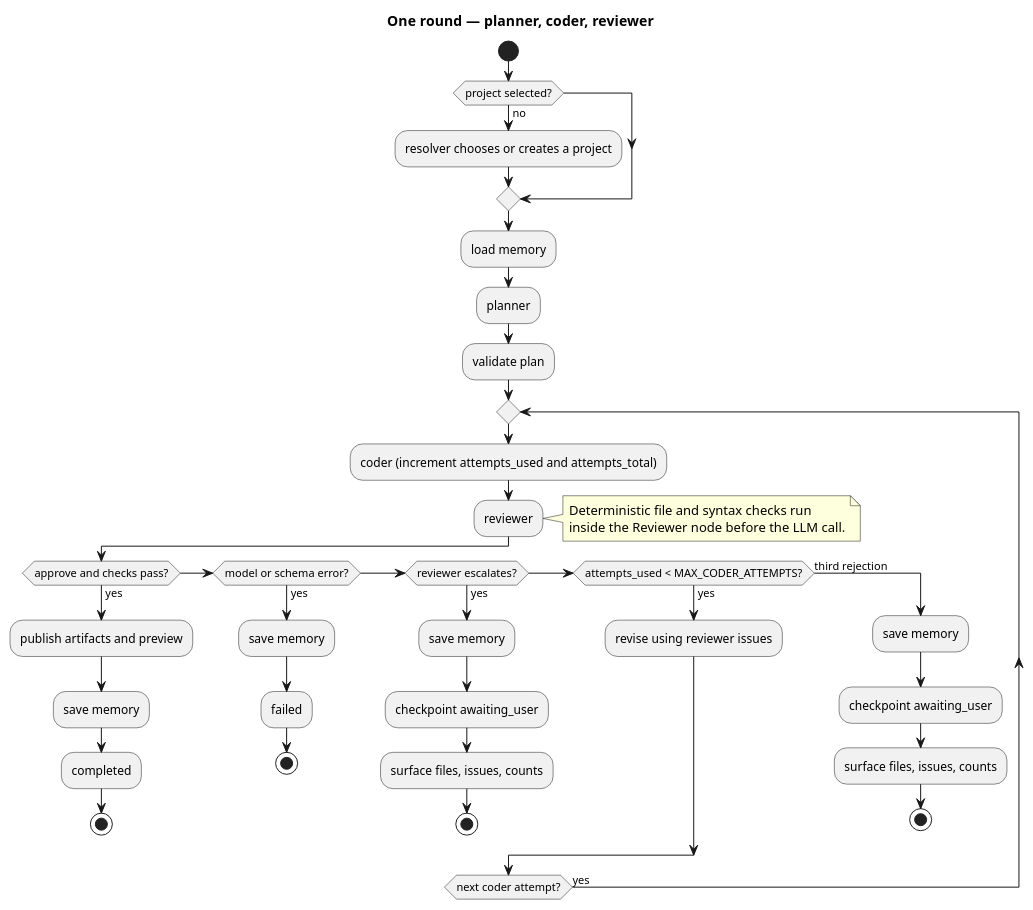
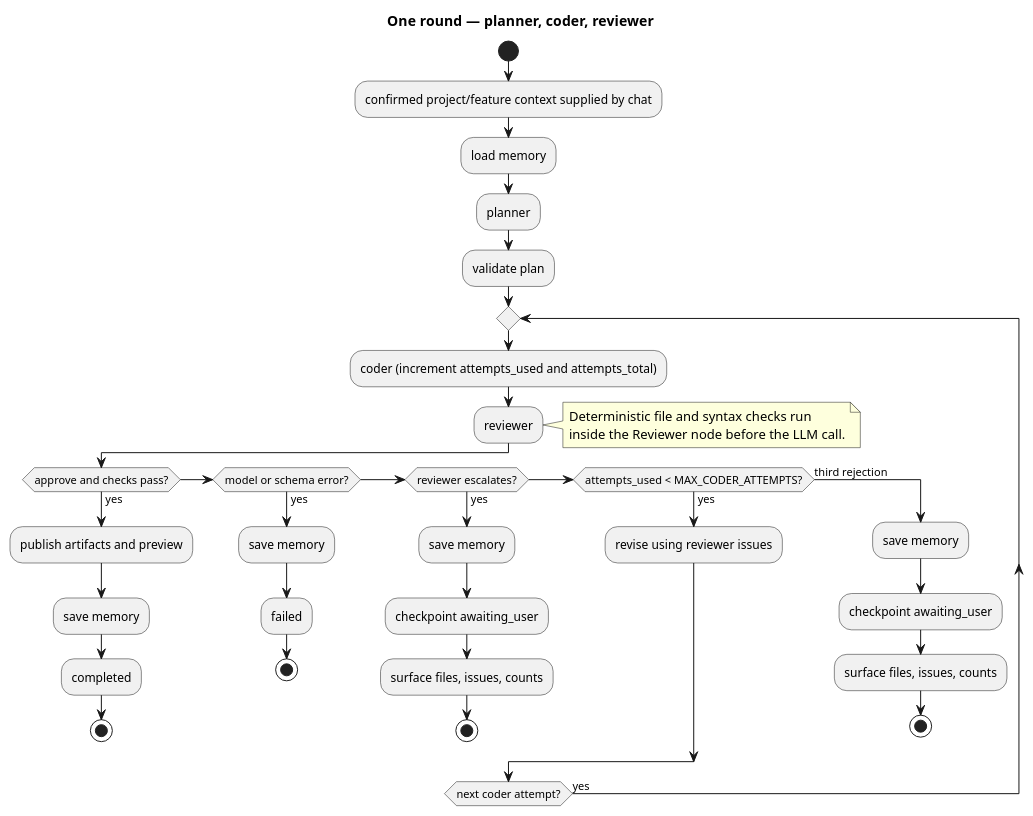
Before and after one commit to gdpe-franco/ai-coding-agent-pipeline: the fifth of 7 diagrams in docs/architecture.md, drawn with PlantUML. The commit also changed other lines of this file, not shown here.

Commit message:
chore: architecture updated

````diff
--- a/docs/architecture.md
+++ b/docs/architecture.md
@@ -314,45 +361,43 @@
 ```puml
 @startuml
 !pragma layout smetana
 title One round — planner, coder, reviewer
 skinparam backgroundColor white
 skinparam shadowing false
 start
-if (project selected?) then (no)
-  :resolver chooses or creates a project;
-endif
+:confirmed project/feature context supplied by chat;
 :load memory;
 :planner;
 :validate plan;
 repeat
   :coder (increment attempts_used and attempts_total);
   :reviewer;
   note right
     Deterministic file and syntax checks run
     inside the Reviewer node before the LLM call.
   end note
   if (approve and checks pass?) then (yes)
     :publish artifacts and preview;
     :save memory;
     :completed;
     stop
   elseif (model or schema error?) then (yes)
     :save memory;
     :failed;
     stop
   elseif (reviewer escalates?) then (yes)
     :save memory;
     :checkpoint awaiting_user;
     :surface files, issues, counts;
     stop
   elseif (attempts_used < MAX_CODER_ATTEMPTS?) then (yes)
     :revise using reviewer issues;
   else (third rejection)
     :save memory;
     :checkpoint awaiting_user;
     :surface files, issues, counts;
     stop
   endif
 repeat while (next coder attempt?) is (yes)
 @enduml
 ```
````
